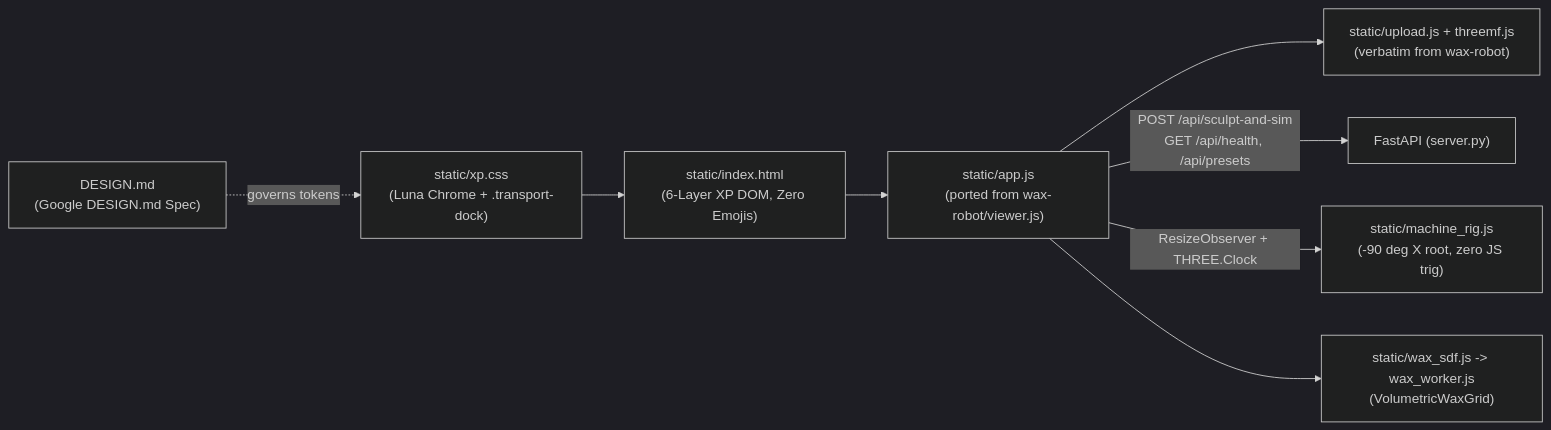
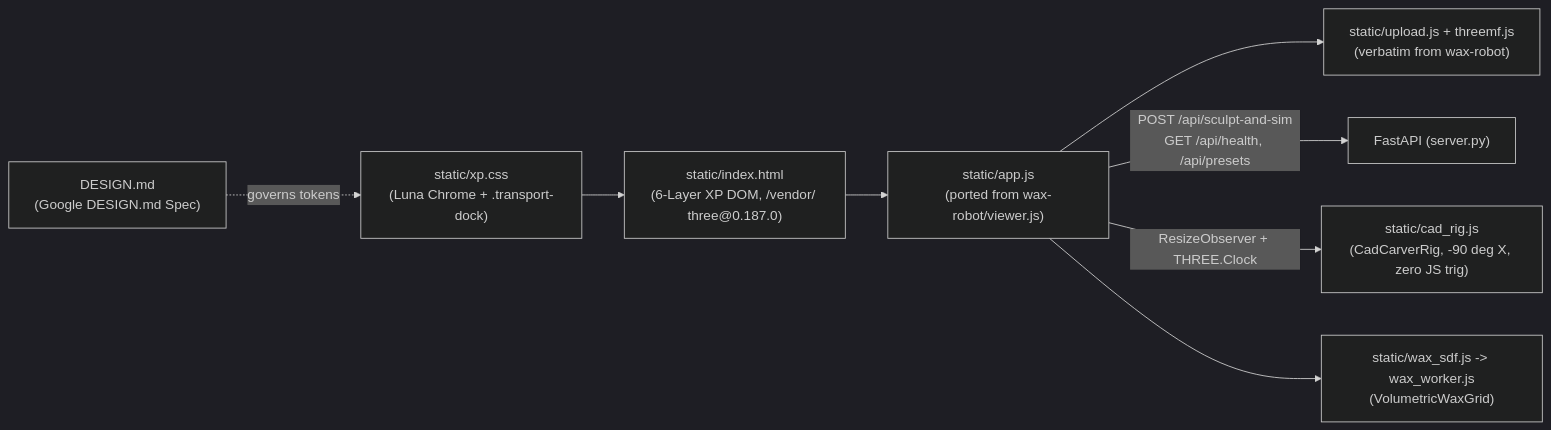
The diagram in openspec/changes/xp-ui-overhaul/architecture.md (slowbutfast/carving-simulation), drawn with Mermaid (dark theme) before and after one commit. The commit also changed other lines of this file and 46 other files, not shown here.

Commit message:
docs(openspec): archive carver-sim-mvp & machine-cad-integration, align xp-ui-overhaul

````diff
--- a/openspec/changes/xp-ui-overhaul/architecture.md
+++ b/openspec/changes/xp-ui-overhaul/architecture.md
@@ -10,10 +10,10 @@
 ```mermaid
 flowchart LR
     DESIGN["DESIGN.md\n(Google DESIGN.md Spec)"] -.->|"governs tokens"| CSS["static/xp.css\n(Luna Chrome + .transport-dock)"]
-    HTML["static/index.html\n(6-Layer XP DOM, Zero Emojis)"] --> APP["static/app.js\n(ported from wax-robot/viewer.js)"]
+    HTML["static/index.html\n(6-Layer XP DOM, /vendor/ three@0.187.0)"] --> APP["static/app.js\n(ported from wax-robot/viewer.js)"]
     CSS --> HTML
     APP --> UP["static/upload.js + threemf.js\n(verbatim from wax-robot)"]
     APP -->|"POST /api/sculpt-and-sim\nGET /api/health, /api/presets"| API["FastAPI (server.py)"]
-    APP -->|"ResizeObserver + THREE.Clock"| RIG["static/machine_rig.js\n(-90 deg X root, zero JS trig)"]
+    APP -->|"ResizeObserver + THREE.Clock"| RIG["static/cad_rig.js\n(CadCarverRig, -90 deg X, zero JS trig)"]
     APP --> SDF["static/wax_sdf.js -> wax_worker.js\n(VolumetricWaxGrid)"]
 ```
````
